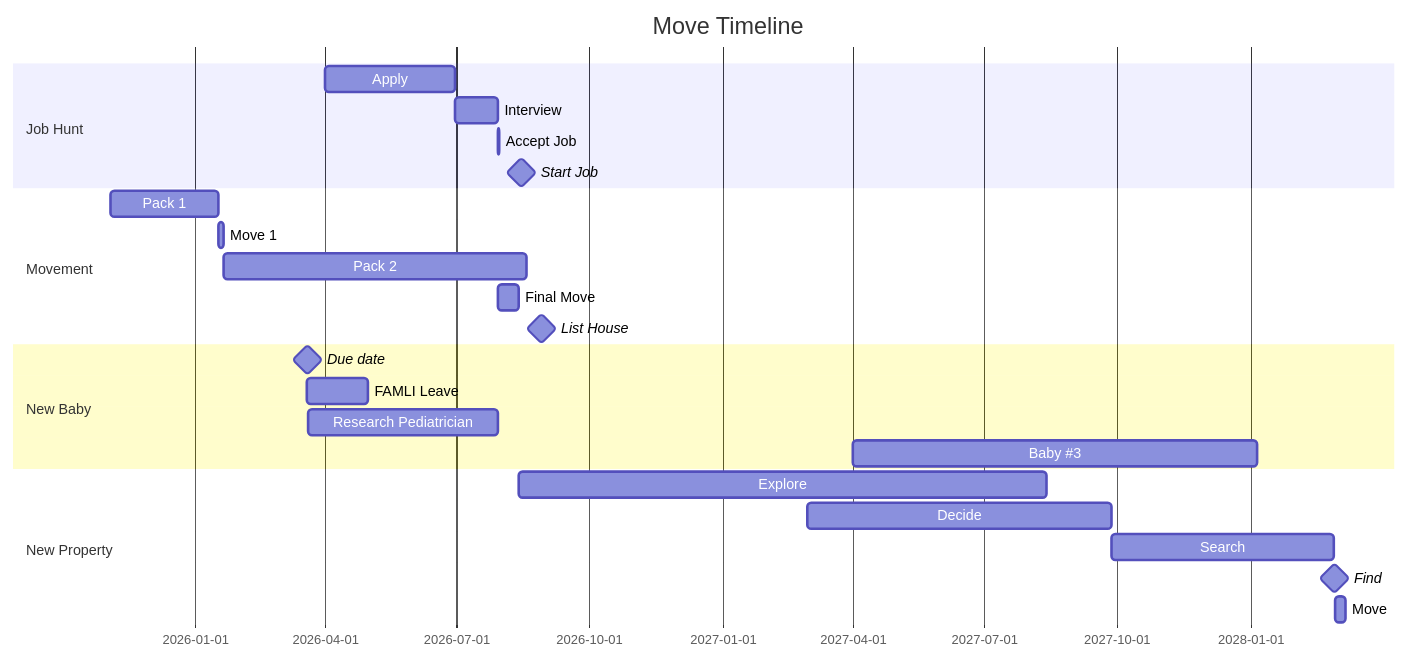
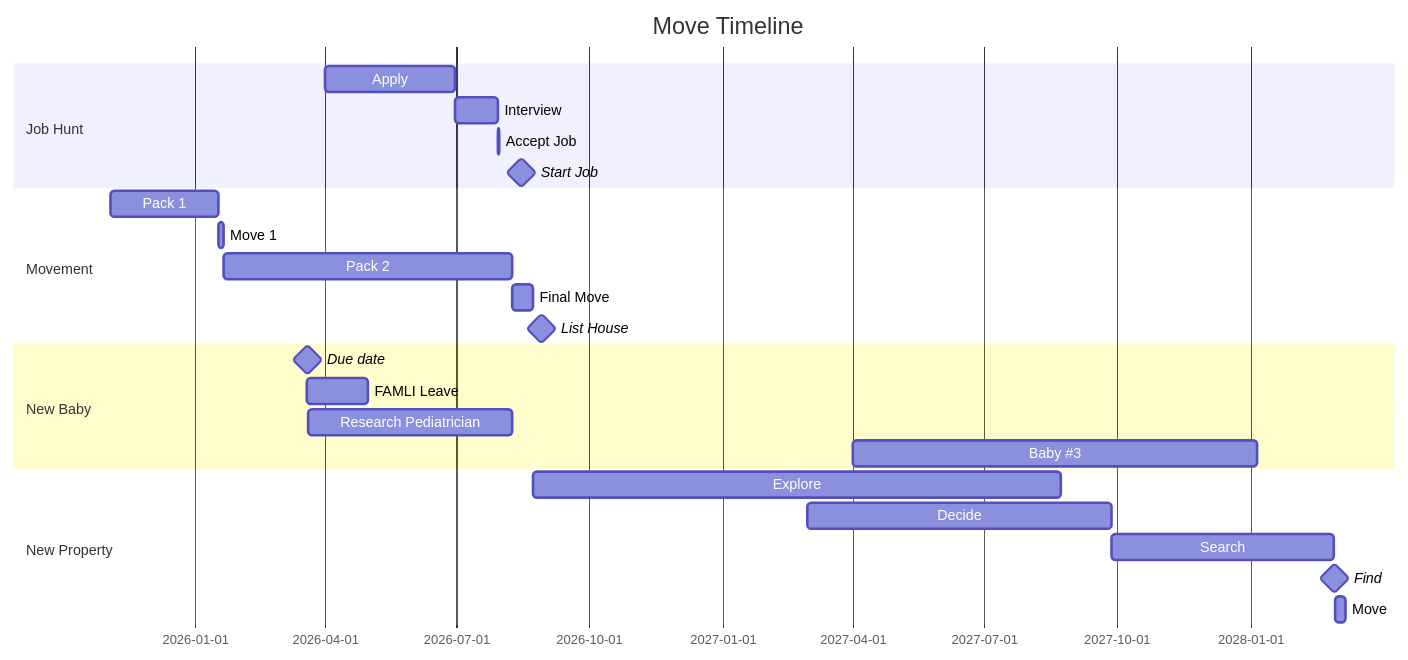
One commit to lfulmer35/ArkansasPlanning changed the diagram in brainstorm.md. Above: the diagram before and after it, drawn with Mermaid.

Commit message:
Update again.

````diff
--- a/brainstorm.md
+++ b/brainstorm.md
@@ -315,28 +315,28 @@
 ```mermaid
 gantt
 title Move Timeline
     dateFormat YYYY-MM-DD
     tickInterval 3month
     section Job Hunt
         Apply       : ap1, 2026-04-01, 90d
         Interview   : ap2, after ap1, 30d 
         Accept Job  : after ap2, 1d
         Start Job   :milestone, 2026-08-30
     section Movement
         Pack 1      :p1, 2025-11-4, 75d
         Move 1      :m1, after p1, 3d 
-        Pack 2      :p2, after m1, 210d
-        Final Move  : m3, after ap2, 14d
+        Pack 2      :p2, after m1, 200d
+        Final Move  : m3, after p2, 14d
         List House  :milestone, after ap2, 60d
     section New Baby
         Due date    :milestone, 2026-03-20, 1d
         FAMLI Leave :bb1, 2026-03-20, 6w
         Research Pediatrician : 2026-3-21, until m3
         Baby #3     :bb2, 2027-04-01, 40w
     section New Property
         Explore    :after m3, 1y
         Decide     :d1, 2027-03-01, 30w
         Search     :finSearch, after d1, 22w
         Find       :milestone, 1d
         Move       : 7d
 ```
````
